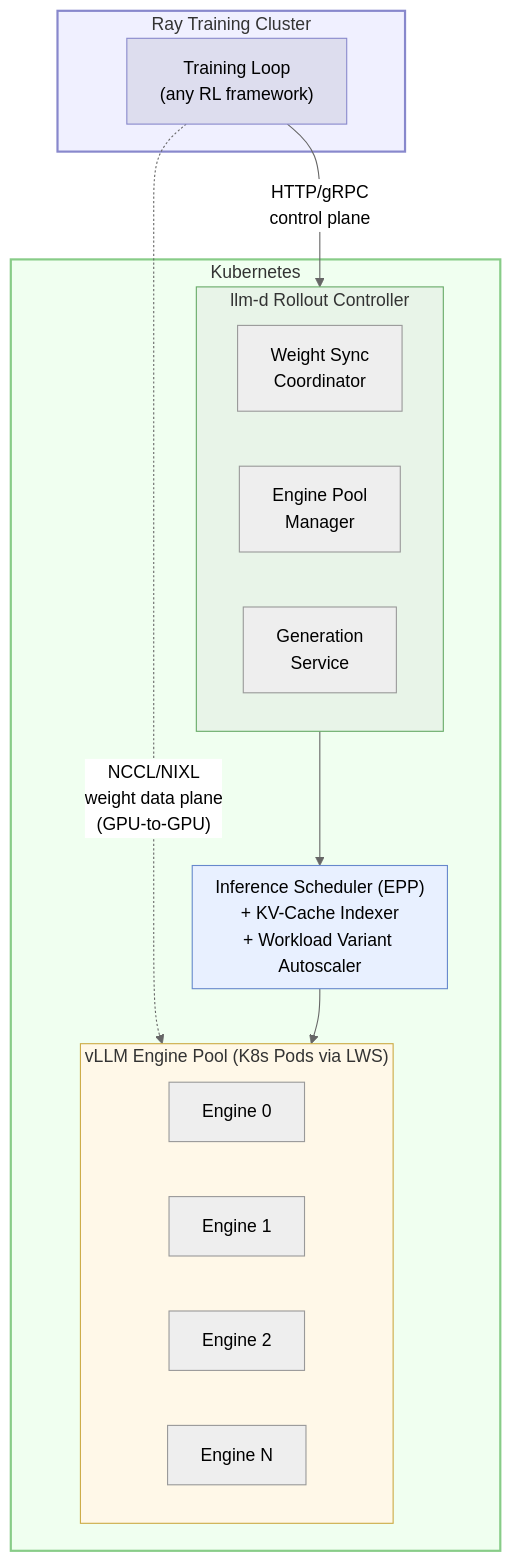
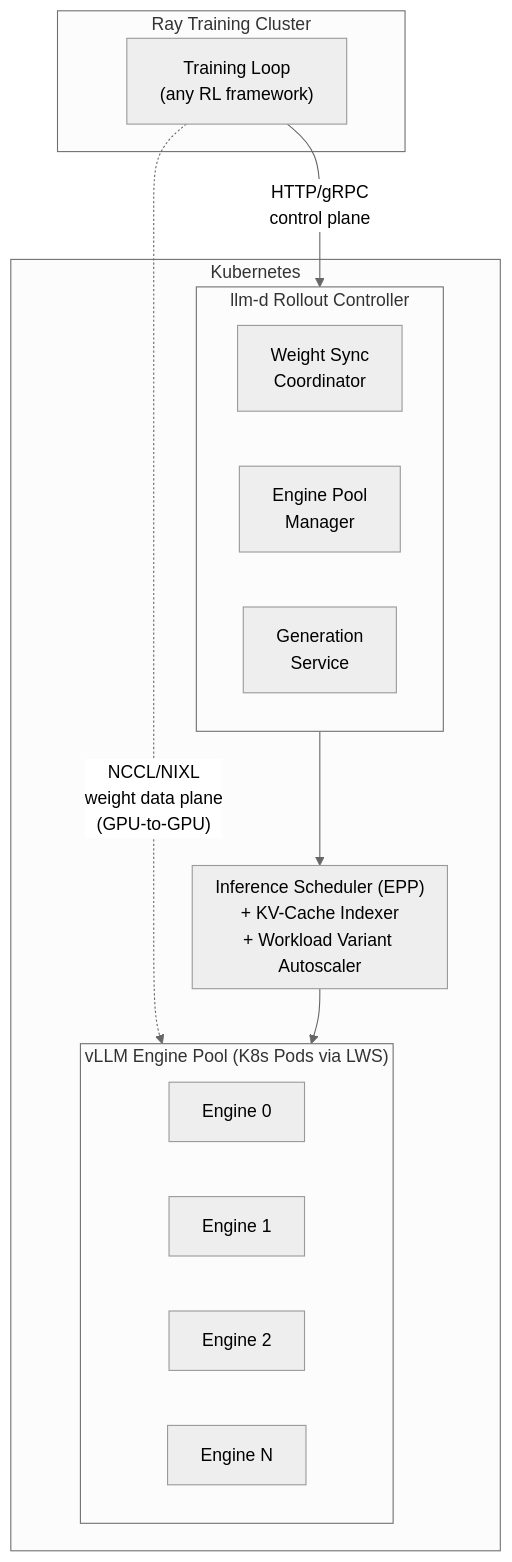
Before and after one commit to llm-d-incubation/llm-d-rl: the fifth of 7 diagrams in docs/proposals/rl-rollout-northstar.md, drawn with Mermaid (neutral theme). The commit also changed other lines of this file and 1 other file, not shown here.

First line of the commit message:
Remove color/style directives from Mermaid diagrams

````diff
--- a/docs/proposals/rl-rollout-northstar.md
+++ b/docs/proposals/rl-rollout-northstar.md
@@ -261,36 +247,30 @@
 ```mermaid
 graph TB
     subgraph RAY["Ray Training Cluster"]
         TL["Training Loop<br/>(any RL framework)"]
     end
 
     subgraph K8S["Kubernetes"]
         subgraph RC["llm-d Rollout Controller"]
             WS["Weight Sync<br/>Coordinator"]
             PM["Engine Pool<br/>Manager"]
             GS["Generation<br/>Service"]
         end
 
         subgraph EPP["Inference Scheduler (EPP)<br/>+ KV-Cache Indexer<br/>+ Workload Variant Autoscaler"]
         end
 
         subgraph POOL["vLLM Engine Pool (K8s Pods via LWS)"]
             E0["Engine 0"]
             E1["Engine 1"]
             E2["Engine 2"]
             EN["Engine N"]
         end
     end
 
     TL -- "HTTP/gRPC<br/>control plane" --> RC
     TL -. "NCCL/NIXL<br/>weight data plane<br/>(GPU-to-GPU)" .-> POOL
     RC --> EPP
     EPP --> POOL
 
-    style RAY fill:#f0f0ff,stroke:#8888cc,stroke-width:2px
-    style K8S fill:#f0fff0,stroke:#88cc88,stroke-width:2px
-    style RC fill:#e8f4e8,stroke:#66aa66
-    style EPP fill:#e8f0ff,stroke:#6688cc
-    style POOL fill:#fff8e8,stroke:#ccaa44
-    style TL fill:#dde,stroke:#88c
 ```
````
